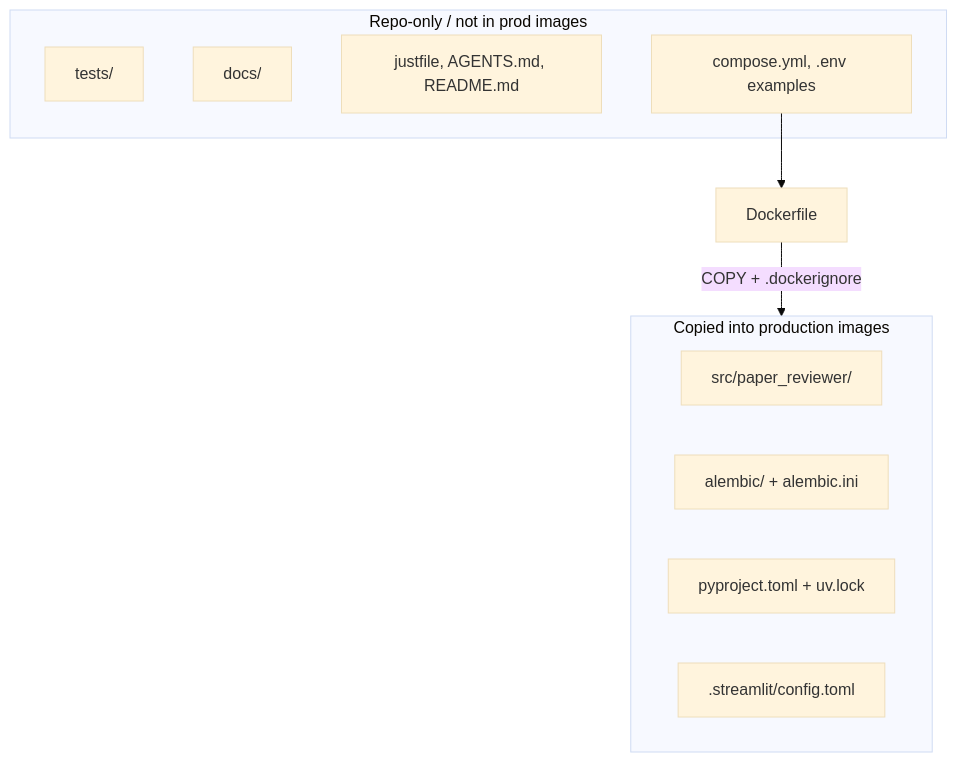
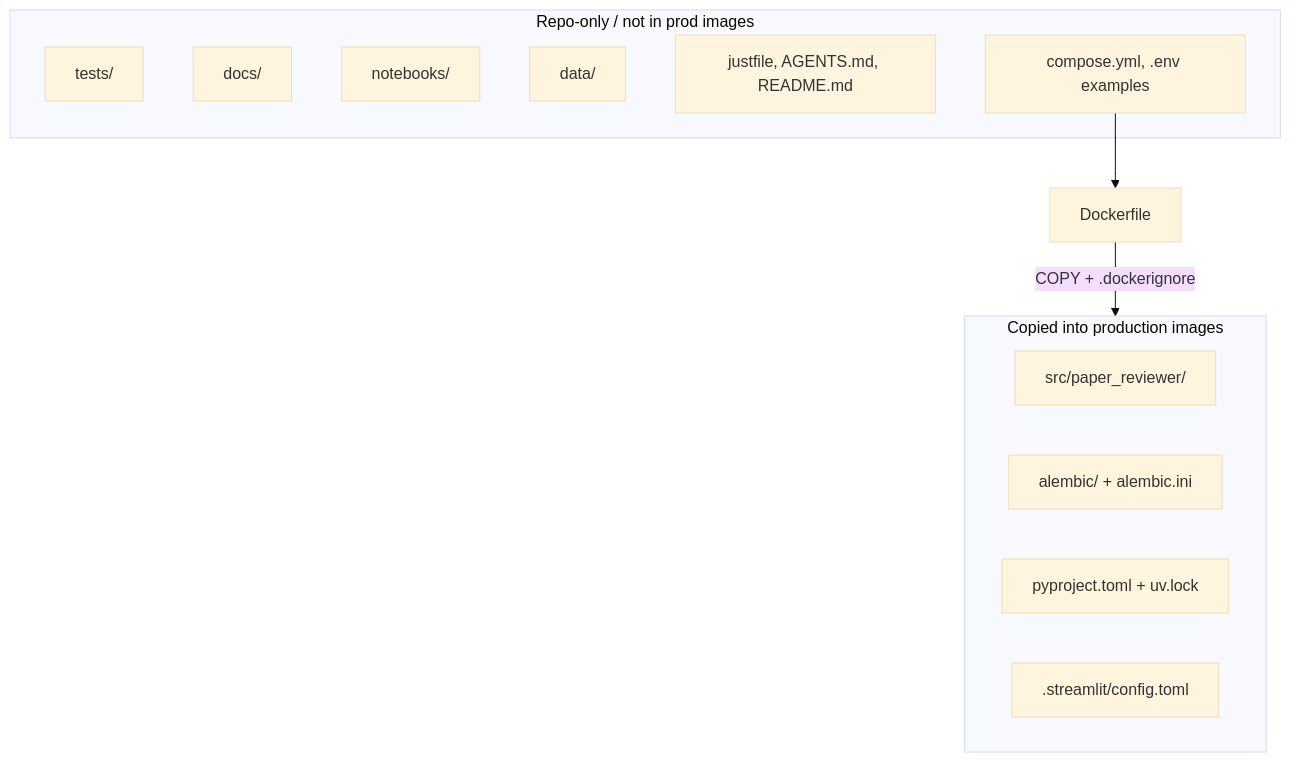
The diagram in docs/project-structure.md (GustavoRusso/paper-reviewer), drawn with Mermaid (base theme) before and after one commit. The commit also changed other lines of this file and 4 other files, not shown here.

````diff
--- a/docs/project-structure.md
+++ b/docs/project-structure.md
@@ -29,19 +29,21 @@
 ```mermaid
 flowchart TB
   subgraph deploy [Copied into production images]
     srcPkg["src/paper_reviewer/"]
     alembicDir["alembic/ + alembic.ini"]
     deps["pyproject.toml + uv.lock"]
     streamlitTheme[".streamlit/config.toml"]
   end
 
   subgraph localOnly [Repo-only / not in prod images]
     testsDir["tests/"]
     docsDir["docs/"]
+    notebooksDir["notebooks/"]
+    dataDir["data/"]
     hostTools["justfile, AGENTS.md, README.md"]
     composeFiles["compose.yml, .env examples"]
   end
 
   Dockerfile -->|"COPY + .dockerignore"| deploy
   composeFiles --> Dockerfile
 ```
````
